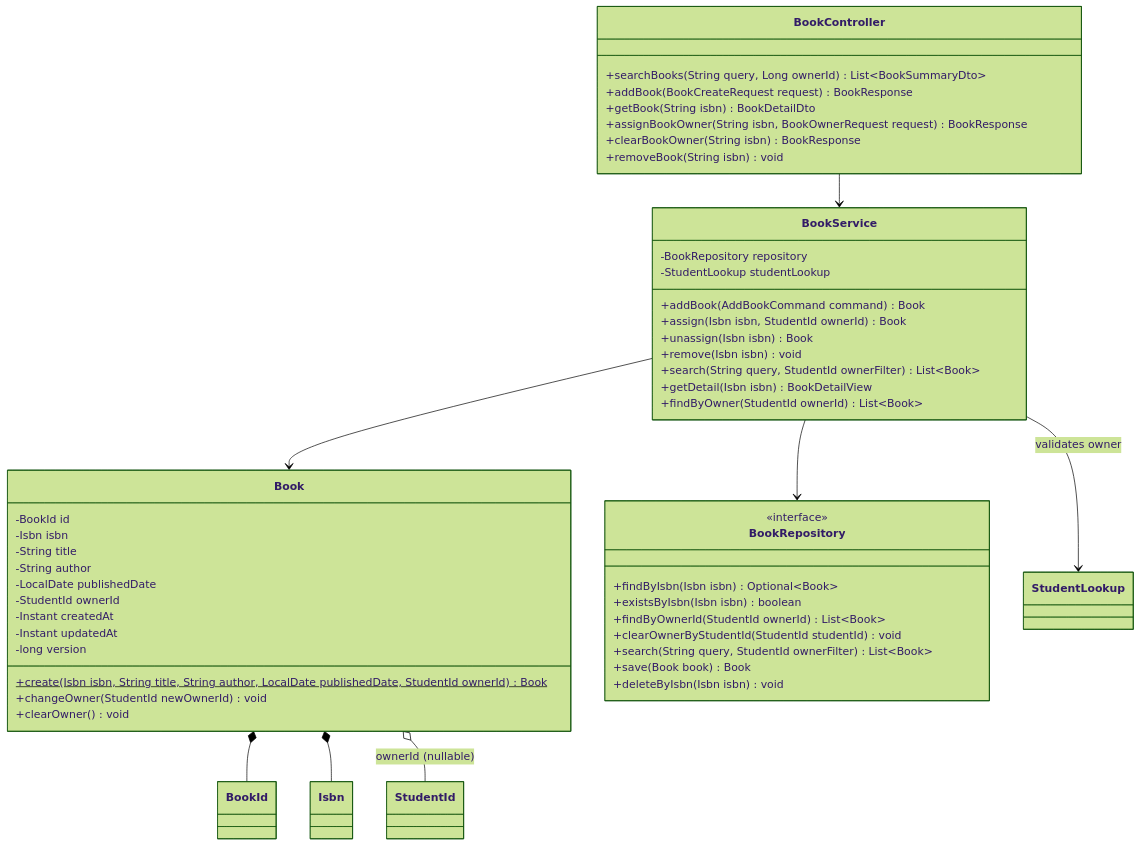
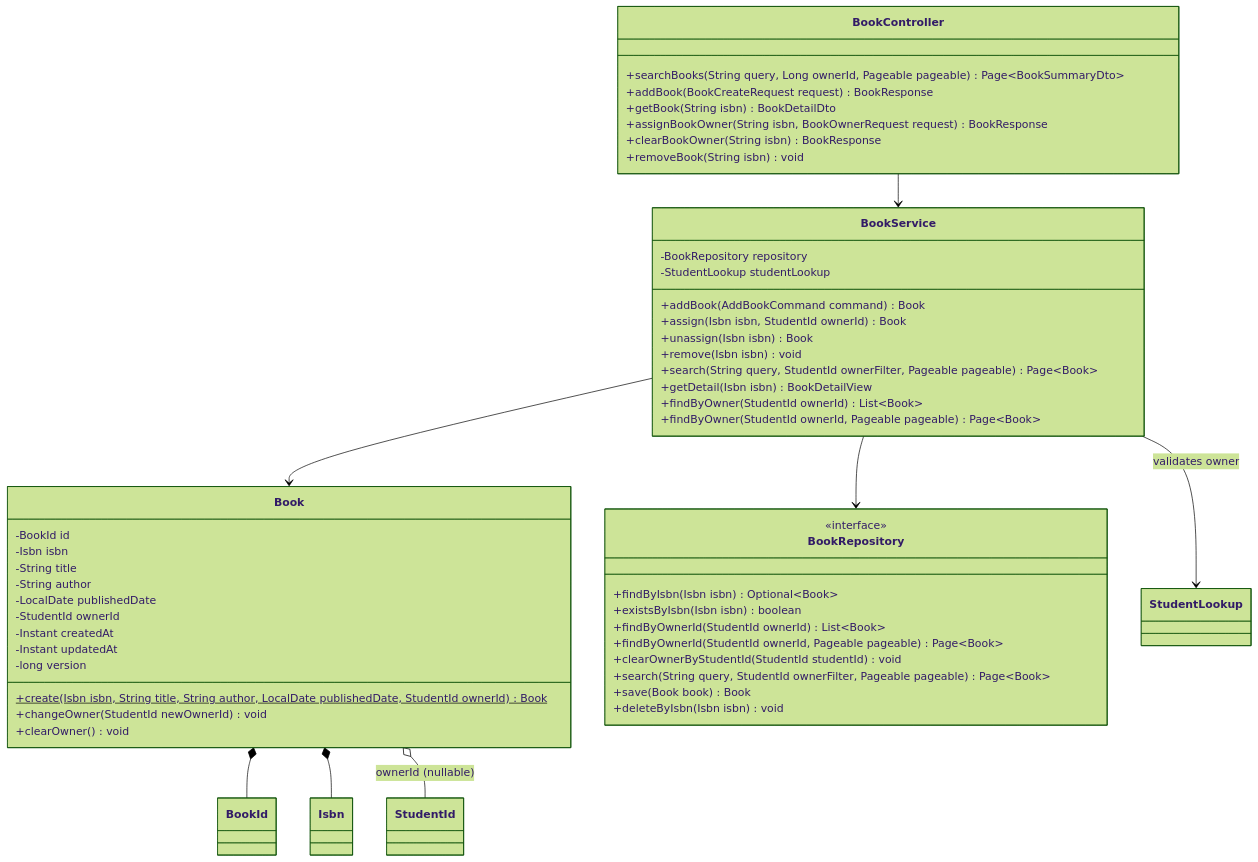
Before and after one commit to phuchoang2005/Student-Management-System: the fourth of 6 diagrams in docs/SA-docs/06-low-level-design.md, drawn with Mermaid (forest theme). The commit also changed other lines of this file and 20 other files, not shown here.

````diff
--- a/docs/SA-docs/06-low-level-design.md
+++ b/docs/SA-docs/06-low-level-design.md
@@ -390,53 +390,55 @@
 ```mermaid
 classDiagram
     class BookController {
-        +searchBooks(String query, Long ownerId) List~BookSummaryDto~
+        +searchBooks(String query, Long ownerId, Pageable pageable) Page~BookSummaryDto~
         +addBook(BookCreateRequest request) BookResponse
         +getBook(String isbn) BookDetailDto
         +assignBookOwner(String isbn, BookOwnerRequest request) BookResponse
         +clearBookOwner(String isbn) BookResponse
         +removeBook(String isbn) void
     }
     class BookService {
         -BookRepository repository
         -StudentLookup studentLookup
         +addBook(AddBookCommand command) Book
         +assign(Isbn isbn, StudentId ownerId) Book
         +unassign(Isbn isbn) Book
         +remove(Isbn isbn) void
-        +search(String query, StudentId ownerFilter) List~Book~
+        +search(String query, StudentId ownerFilter, Pageable pageable) Page~Book~
         +getDetail(Isbn isbn) BookDetailView
         +findByOwner(StudentId ownerId) List~Book~
+        +findByOwner(StudentId ownerId, Pageable pageable) Page~Book~
     }
     class Book {
         -BookId id
         -Isbn isbn
         -String title
         -String author
         -LocalDate publishedDate
         -StudentId ownerId
         -Instant createdAt
         -Instant updatedAt
         -long version
         +create(Isbn isbn, String title, String author, LocalDate publishedDate, StudentId ownerId)$ Book
         +changeOwner(StudentId newOwnerId) void
         +clearOwner() void
     }
     class BookRepository {
         <<interface>>
         +findByIsbn(Isbn isbn) Optional~Book~
         +existsByIsbn(Isbn isbn) boolean
         +findByOwnerId(StudentId ownerId) List~Book~
+        +findByOwnerId(StudentId ownerId, Pageable pageable) Page~Book~
         +clearOwnerByStudentId(StudentId studentId) void
-        +search(String query, StudentId ownerFilter) List~Book~
+        +search(String query, StudentId ownerFilter, Pageable pageable) Page~Book~
         +save(Book book) Book
         +deleteByIsbn(Isbn isbn) void
     }
     BookController --> BookService
     BookService --> Book
     BookService --> BookRepository
     BookService --> StudentLookup : validates owner
     Book *-- BookId
     Book *-- Isbn
     Book o-- StudentId : ownerId (nullable)
 ```
````
